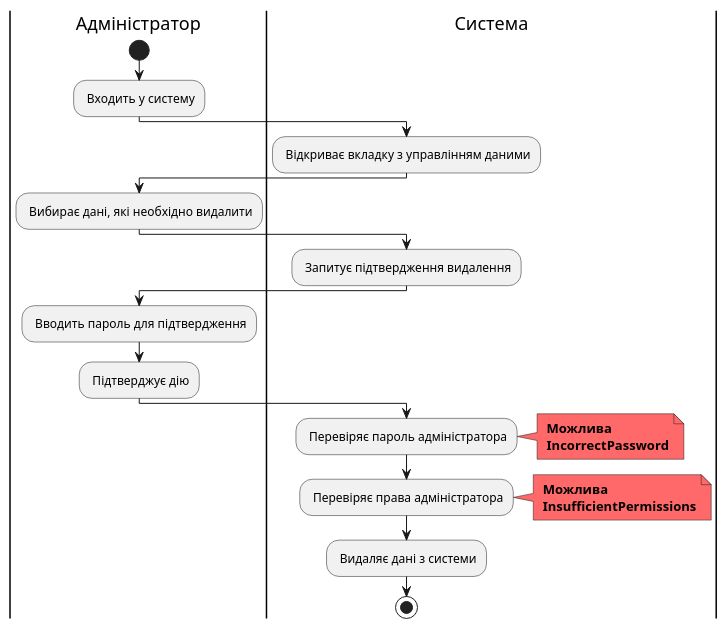
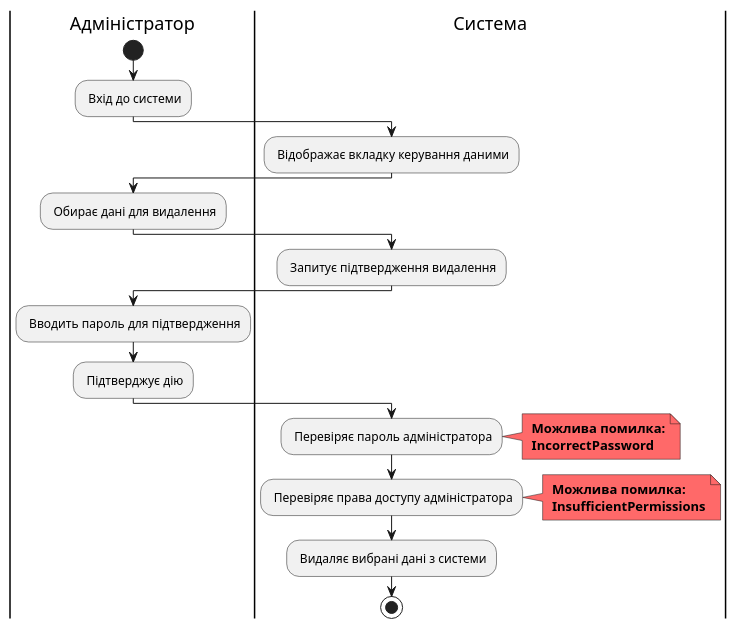
Before and after one commit to tyntyntynnnn/edu_db_labs: the sixth of 13 diagrams in docs/use cases/README.md, drawn with PlantUML. The commit also changed other lines of this file, not shown here.

Commit message:
diagrams

```diff
--- a/docs/use cases/README.md
+++ b/docs/use cases/README.md
@@ -280,37 +278,36 @@
 @startuml
 
-    |Адміністратор|
-    start;
-    : Входить у систему;
-    
-    |Система|
-    : Відкриває вкладку з управлінням даними;
-    
-    |Адміністратор|
-    : Вибирає дані, які необхідно видалити;
-    
-    |Система|
-    : Запитує підтвердження видалення;
-    
-    |Адміністратор|
-    : Вводить пароль для підтвердження;
-    : Підтверджує дію;
-    
-    |Система|
-    : Перевіряє пароль адміністратора;
-    note right #FF6969
-    <b> Можлива
-    <b> IncorrectPassword
-    end note
-    
-    : Перевіряє права адміністратора;
-    note right #FF6969
-    <b> Можлива
-    <b> InsufficientPermissions
-    end note
-    
-    : Видаляє дані з системи;
-    
-    stop;
+|Адміністратор|
+start;
+: Вхід до системи;
 
+|Система|
+: Відображає вкладку керування даними;
+
+|Адміністратор|
+: Обирає дані для видалення;
+
+|Система|
+: Запитує підтвердження видалення;
+
+|Адміністратор|
+: Вводить пароль для підтвердження;
+: Підтверджує дію;
+
+|Система|
+: Перевіряє пароль адміністратора;
+note right #FF6969
+<b> Можлива помилка:
+<b> IncorrectPassword
+end note
+
+: Перевіряє права доступу адміністратора;
+note right #FF6969
+<b> Можлива помилка:
+<b> InsufficientPermissions
+end note
+
+: Видаляє вибрані дані з системи;
+
+stop;
 @enduml
```
